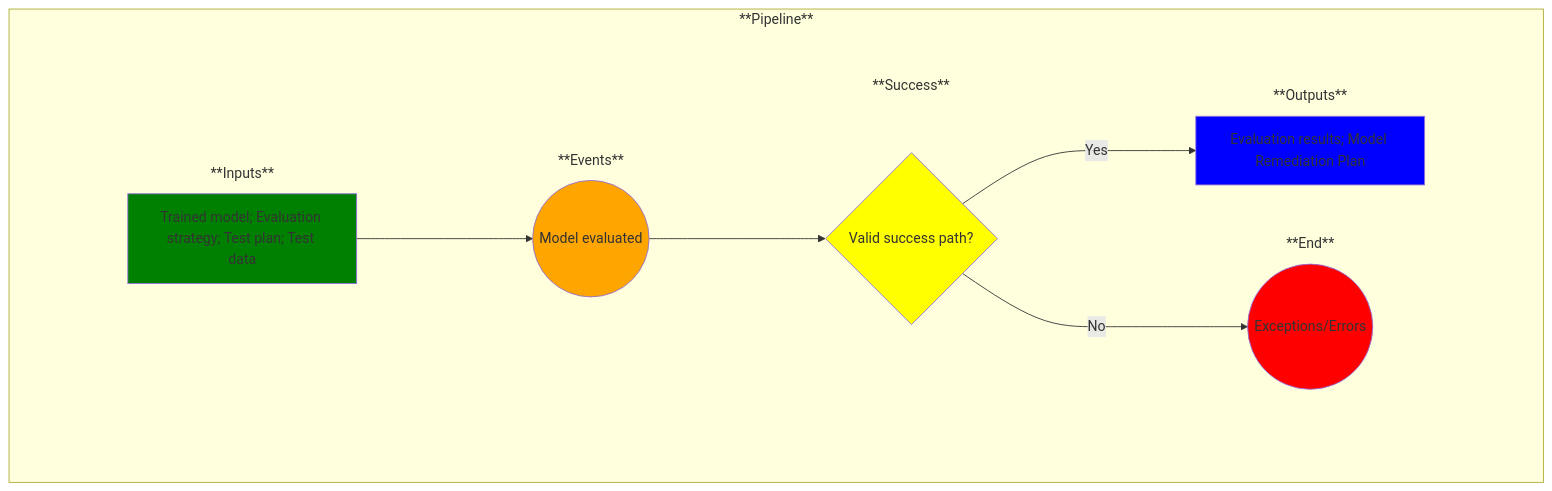
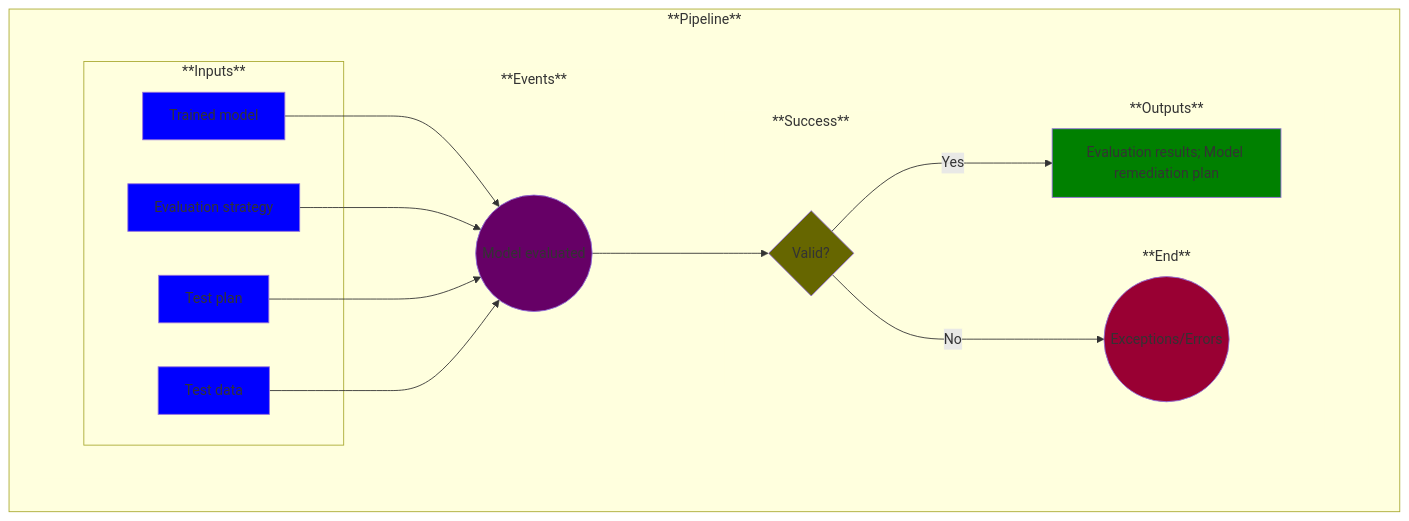
The diagram in use-cases/11-model-eval.md (MLOps-OpenAPI/arch-diagrams), drawn with Mermaid before and after one commit. The commit also changed other lines of this file and 9 other files, not shown here.

```diff
--- a/use-cases/11-model-eval.md
+++ b/use-cases/11-model-eval.md
@@ -33,7 +33,16 @@
 
             %% Add the rest of the nodes
             subgraph Inputs ["**Inputs**"]
-                A
+                A1
+            end
+            subgraph Inputs ["**Inputs**"]
+                A2
+            end
+            subgraph Inputs ["**Inputs**"]
+                A3
+            end
+            subgraph Inputs ["**Inputs**"]
+                A4
             end
             subgraph Events ["**Events**"]
                 B
@@ -48,7 +57,10 @@
                 E
             end
         end
-        A-->B
+        A1-->B
+        A2-->B
+        A3-->B
+        A4-->B
         B-->C
         C--> | No | D
         C--> | Yes | E
@@ -57,20 +69,29 @@
     %% Now label and style the blocks
     %% Note: You could have done this above, but I find this to be cleaner and easier to manage
 
-    A[Trained model; Evaluation strategy; Test plan; Test data]
-    style A fill:green
+    A1[Trained model]
+    style A1 fill:blue
+
+    A2[Evaluation strategy]
+    style A2 fill:blue
+
+    A3[Test plan]
+    style A3 fill:blue
+
+    A4[Test data]
+    style A4 fill:blue
 
     B((Model evaluated))
-    style B fill:orange
+    style B fill:#660066
 
-    C{Valid success path?}
-    style C fill:yellow
+    C{Valid?}
+    style C fill:#666600
 
     D((Exceptions/Errors))
-    style D fill:red
+    style D fill:#990033
 
-    E[Evaluation results; Model Remediation Plan]
-    style E fill:blue
+    E[Evaluation results; Model remediation plan]
+    style E fill:green
 
     %% Remove unnecessary box outlines
     style invisibleSpace stroke-width:0
```
